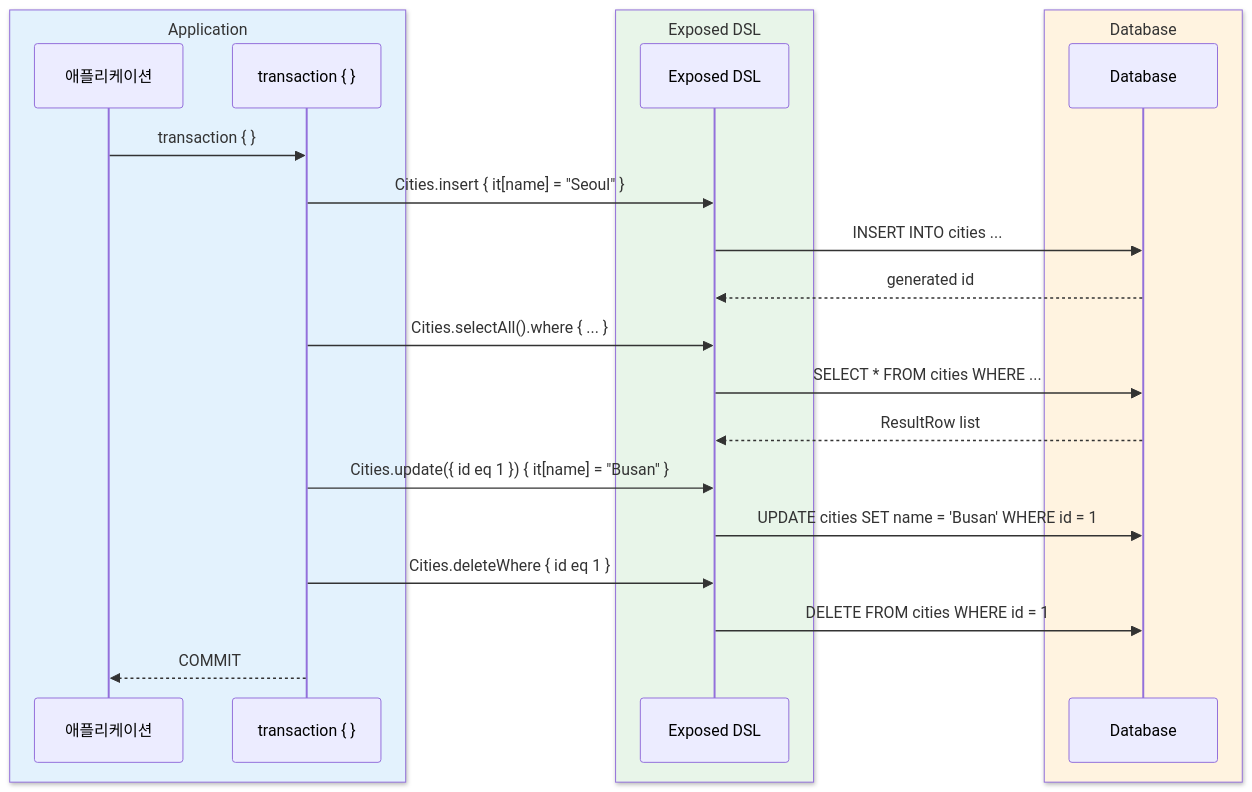
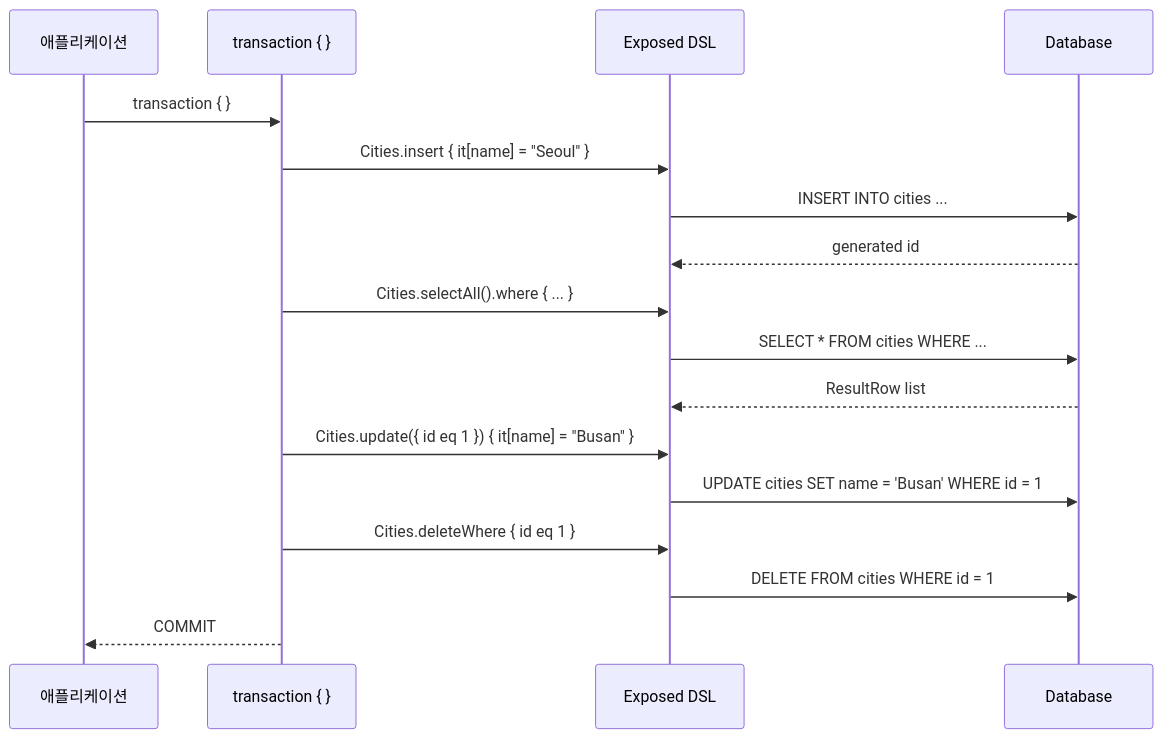
Before and after one commit to bluetape4k/exposed-workshop: the second of 3 diagrams in 05-exposed-dml/01-dml/README.ko.md, drawn with Mermaid. The commit also changed 42 other files, not shown here.

First line of the commit message:
docs: sequence diagram에서 box rgb() 제거 (option 1 - GitHub dark mode 기본 렌더링 사용)

````diff
--- a/05-exposed-dml/01-dml/README.ko.md
+++ b/05-exposed-dml/01-dml/README.ko.md
@@ -131,27 +131,21 @@
 ```mermaid
 %%{init: {"theme": "neutral", "themeVariables": {"fontFamily": "'Comic Mono', 'goorm sans code', 'JetBrains Mono', 'goorm sans'"}}}%%
 sequenceDiagram
-    box rgb(227, 242, 253) Application
-        participant App as 애플리케이션
-        participant TX as transaction { }
-    end
-    box rgb(232, 245, 233) Exposed DSL
-        participant DSL as Exposed DSL
-    end
-    box rgb(255, 243, 224) Database
-        participant DB as Database
-    end
+    participant App as 애플리케이션
+    participant TX as transaction { }
+    participant DSL as Exposed DSL
+    participant DB as Database
 
     App ->> TX: transaction { }
     TX ->> DSL: Cities.insert { it[name] = "Seoul" }
     DSL ->> DB: INSERT INTO cities ...
     DB -->> DSL: generated id
     TX ->> DSL: Cities.selectAll().where { ... }
     DSL ->> DB: SELECT * FROM cities WHERE ...
     DB -->> DSL: ResultRow list
     TX ->> DSL: Cities.update({ id eq 1 }) { it[name] = "Busan" }
     DSL ->> DB: UPDATE cities SET name = 'Busan' WHERE id = 1
     TX ->> DSL: Cities.deleteWhere { id eq 1 }
     DSL ->> DB: DELETE FROM cities WHERE id = 1
     TX -->> App: COMMIT
 ```
````
